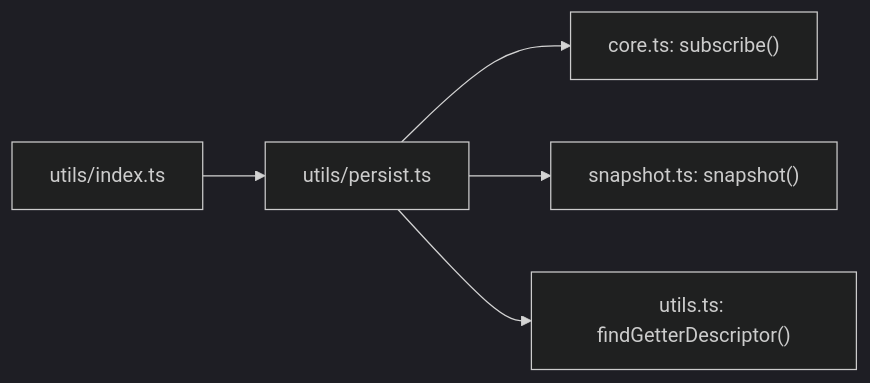
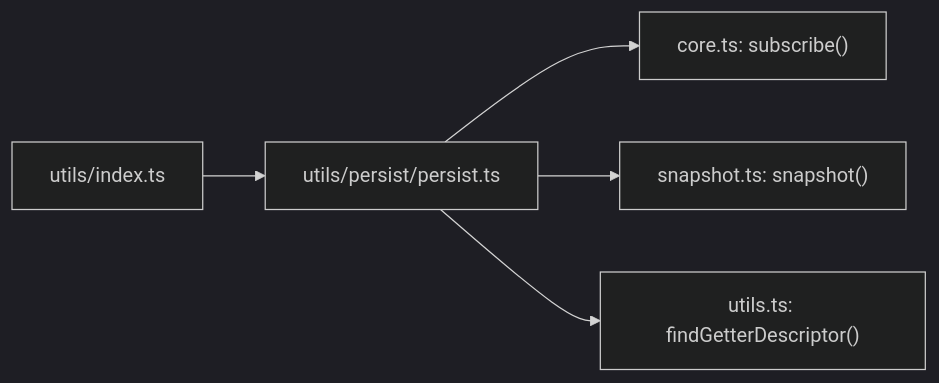
Before and after one commit to codeBelt/classy-store: the third of 3 diagrams in website/docs/PERSIST_ARCHITECTURE.md, drawn with Mermaid (dark theme). The commit also changed other lines of this file and 88 other files, not shown here.

````diff
--- a/website/docs/PERSIST_ARCHITECTURE.md
+++ b/website/docs/PERSIST_ARCHITECTURE.md
@@ -252,7 +259,7 @@
 ```mermaid
 graph LR
-  persist["utils/persist.ts"] --> subscribe["core.ts: subscribe()"]
+  persist["utils/persist/persist.ts"] --> subscribe["core.ts: subscribe()"]
   persist --> snapshot["snapshot.ts: snapshot()"]
   persist --> findGetter["utils.ts: findGetterDescriptor()"]
   utilsIndex["utils/index.ts"] --> persist
 ```
````
